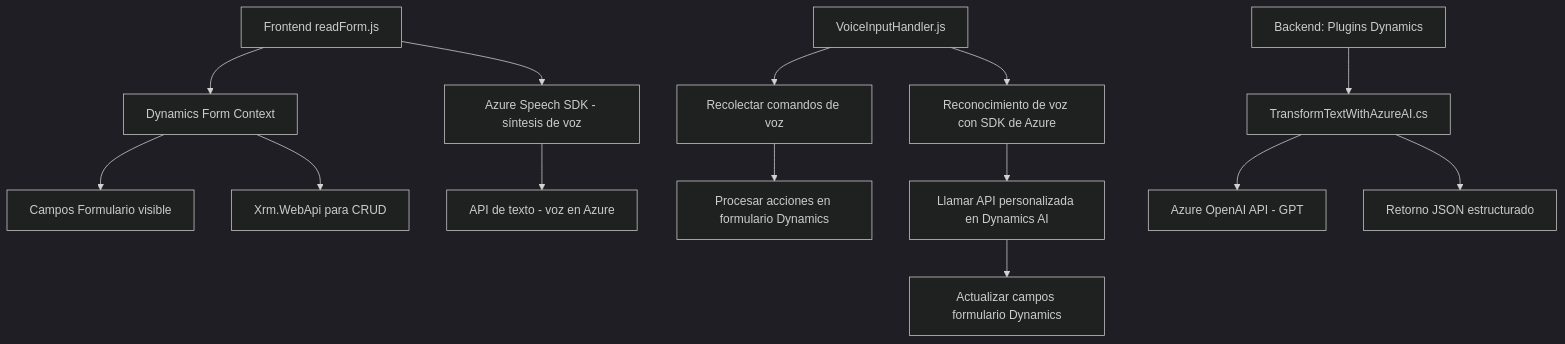
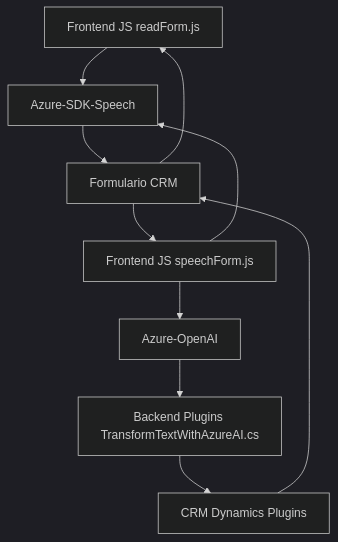
The diagram in README.md (blopezdm/NETCORE_BILBAO2025), drawn with Mermaid (dark theme) before and after one commit. The commit also changed other lines of this file, not shown here.

Commit message:
Actualizar análisis global de la solución con IA

````diff
--- a/README.md
+++ b/README.md
@@ -45,19 +36,20 @@
 ```mermaid
 graph TD
-    A["Frontend readForm.js"] --> B["Azure Speech SDK - síntesis de voz"]
-    A --> C["Dynamics Form Context"]
-    C --> D["Campos Formulario visible"]
-    C --> E["Xrm.WebApi para CRUD"]
-    B --> F["API de texto - voz en Azure"]
+    A["Frontend JS readForm.js"]
+    B["Frontend JS speechForm.js"]
+    C["Azure-SDK-Speech"]
+    D["Backend Plugins TransformTextWithAzureAI.cs"]
+    E["Azure-OpenAI"]
+    F["CRM Dynamics Plugins"]
+    G["Formulario CRM"]
 
-    G["VoiceInputHandler.js"] --> H["Recolectar comandos de voz"]
-    G --> I["Reconocimiento de voz con SDK de Azure"]
-    H --> J["Procesar acciones en formulario Dynamics"]
-    I --> K["Llamar API personalizada en Dynamics AI"]
-
-    K --> L["Actualizar campos formulario Dynamics"]
-
-    M["Backend: Plugins Dynamics"] --> N["TransformTextWithAzureAI.cs"]
-    N --> O["Azure OpenAI API - GPT"]
-    N --> P["Retorno JSON estructurado"]
+    A --> C
+    B --> C
+    C --> G
+    G --> A
+    G --> B
+    B --> E
+    E --> D
+    D --> F
+    F --> G
 ```
````
